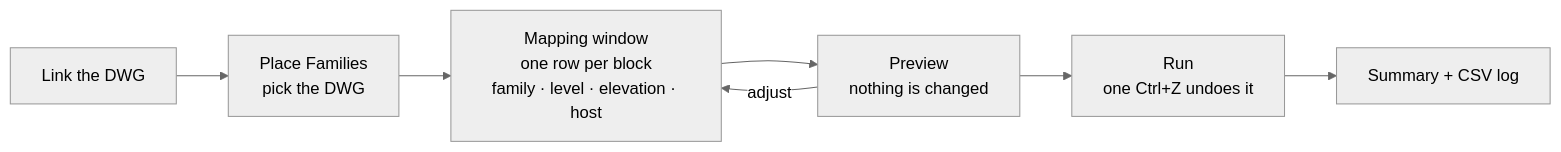
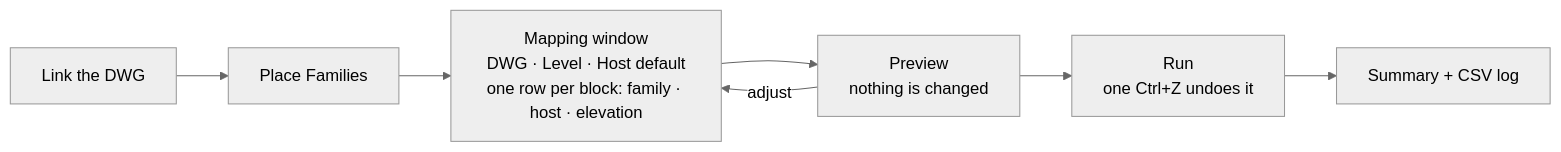
One commit to ahmedel0865-lab/CAD2Revit-Family-Mapper changed the diagram in README.md. Above: the diagram before and after it, drawn with Mermaid (neutral theme). The commit also changed other lines of this file and 18 other files, not shown here.

First line of the commit message:
v0.35.0: redesigned mapping window

````diff
--- a/README.md
+++ b/README.md
@@ -16,9 +16,9 @@
 ```mermaid
 flowchart LR
-    A[Link the DWG] --> B[Place Families<br/>pick the DWG]
-    B --> C[Mapping window<br/>one row per block<br/>family · level · elevation · host]
+    A[Link the DWG] --> B[Place Families]
+    B --> C[Mapping window<br/>DWG · Level · Host default<br/>one row per block: family · host · elevation]
     C --> D[Preview<br/>nothing is changed]
     D -->|adjust| C
     D --> E[Run<br/>one Ctrl+Z undoes it]
     E --> F[Summary + CSV log]
 ```
````
